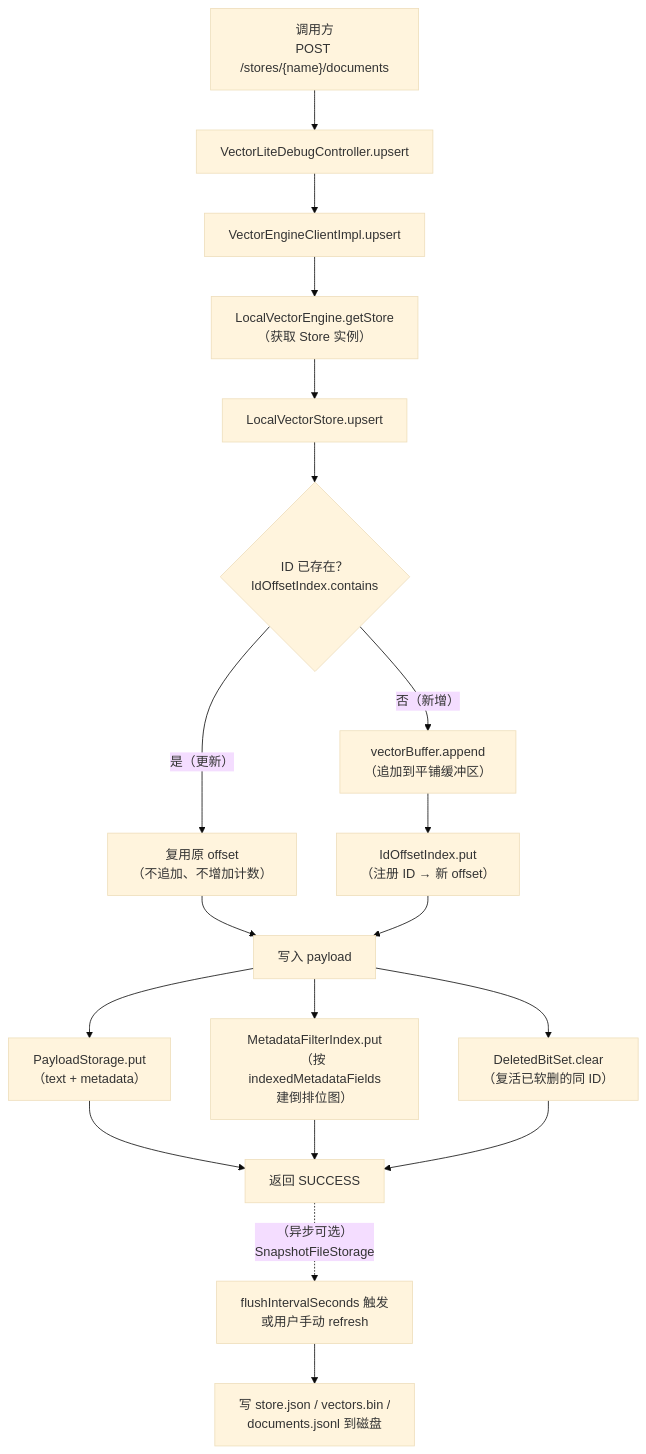
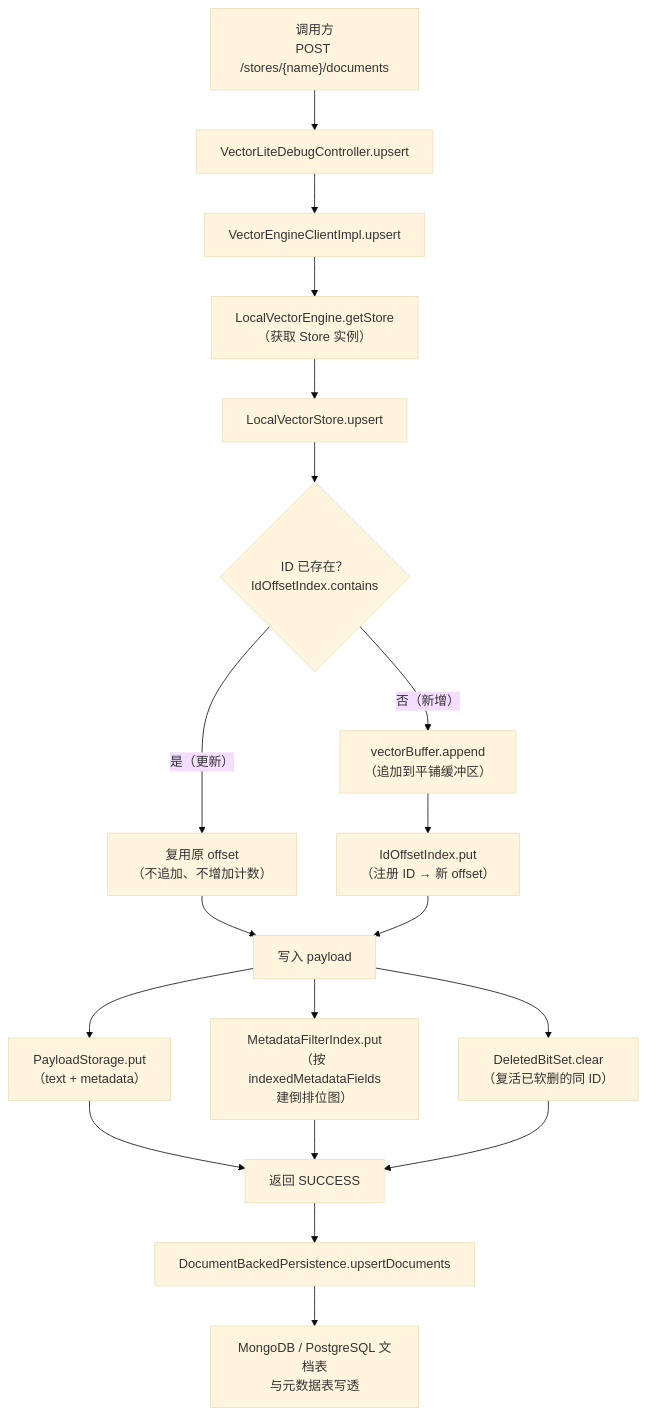
One commit to vector-lite/veclite changed the first of 4 diagrams in docs/architecture/core-flow.md. Above: the diagram before and after it, drawn with Mermaid (base theme). The commit also changed other lines of this file and 30 other files, not shown here.

````diff
--- a/docs/architecture/core-flow.md
+++ b/docs/architecture/core-flow.md
@@ -10,25 +10,25 @@
 ```mermaid
 flowchart TD
     A["调用方<br/>POST /stores/{name}/documents"] --> B["VectorLiteDebugController.upsert"]
     B --> C["VectorEngineClientImpl.upsert"]
     C --> D["LocalVectorEngine.getStore<br/>（获取 Store 实例）"]
     D --> E["LocalVectorStore.upsert"]
 
     E --> F{"ID 已存在？<br/>IdOffsetIndex.contains"}
     F -- "是（更新）" --> G1["复用原 offset<br/>（不追加、不增加计数）"]
     F -- "否（新增）" --> G2["vectorBuffer.append<br/>（追加到平铺缓冲区）"]
     G2 --> H["IdOffsetIndex.put<br/>（注册 ID → 新 offset）"]
     G1 --> I["写入 payload"]
     H --> I
 
     I --> J["PayloadStorage.put<br/>（text + metadata）"]
     I --> K["MetadataFilterIndex.put<br/>（按 indexedMetadataFields<br/>建倒排位图）"]
     I --> L["DeletedBitSet.clear<br/>（复活已软删的同 ID）"]
 
     J --> Z["返回 SUCCESS"]
     K --> Z
     L --> Z
 
-    Z -.->|"（异步可选）<br/>SnapshotFileStorage"| M["flushIntervalSeconds 触发<br/>或用户手动 refresh"]
-    M --> N["写 store.json / vectors.bin /<br/>documents.jsonl 到磁盘"]
+    Z --> M["DocumentBackedPersistence.upsertDocuments"]
+    M --> N["MongoDB / PostgreSQL 文档表<br/>与元数据表写透"]
 ```
````
